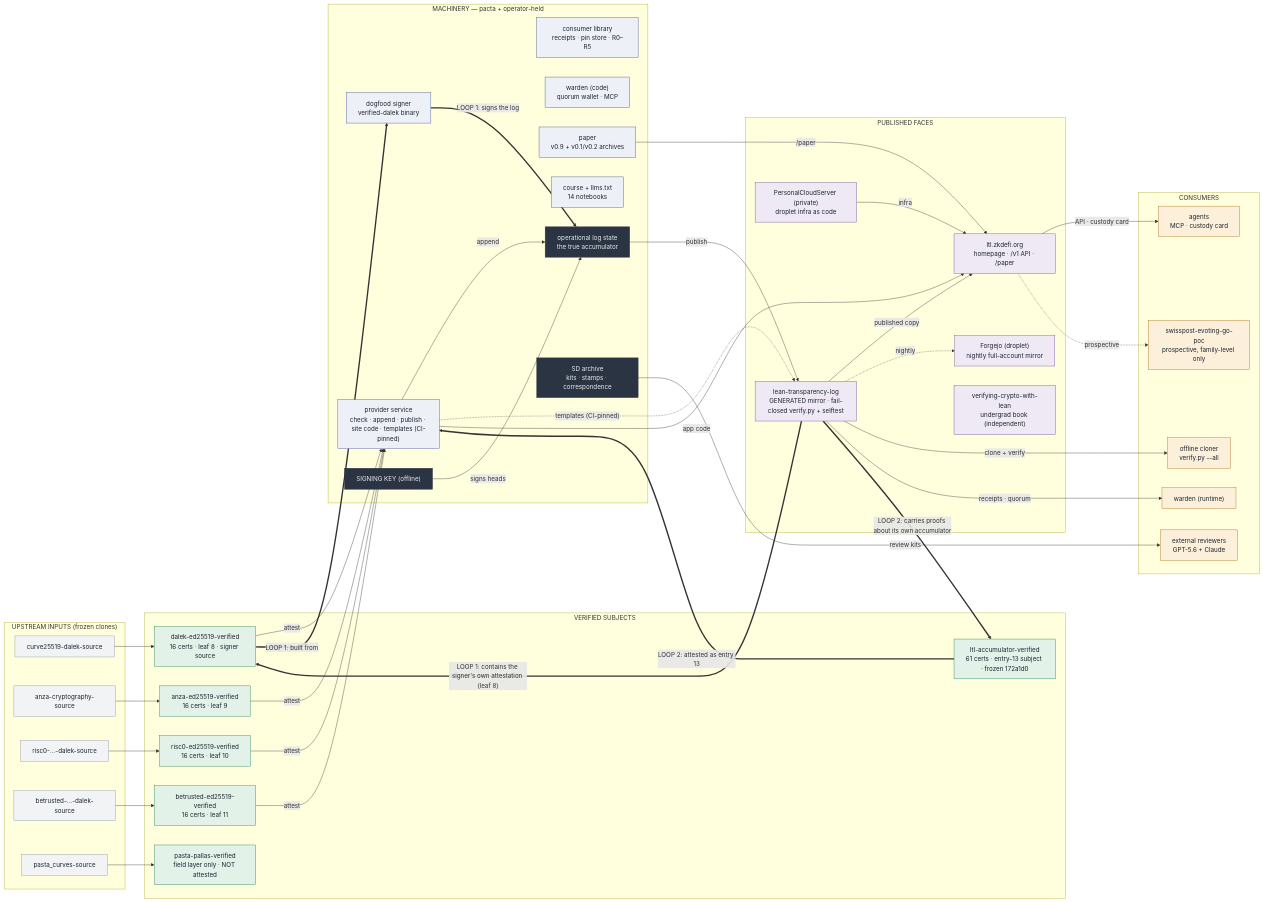
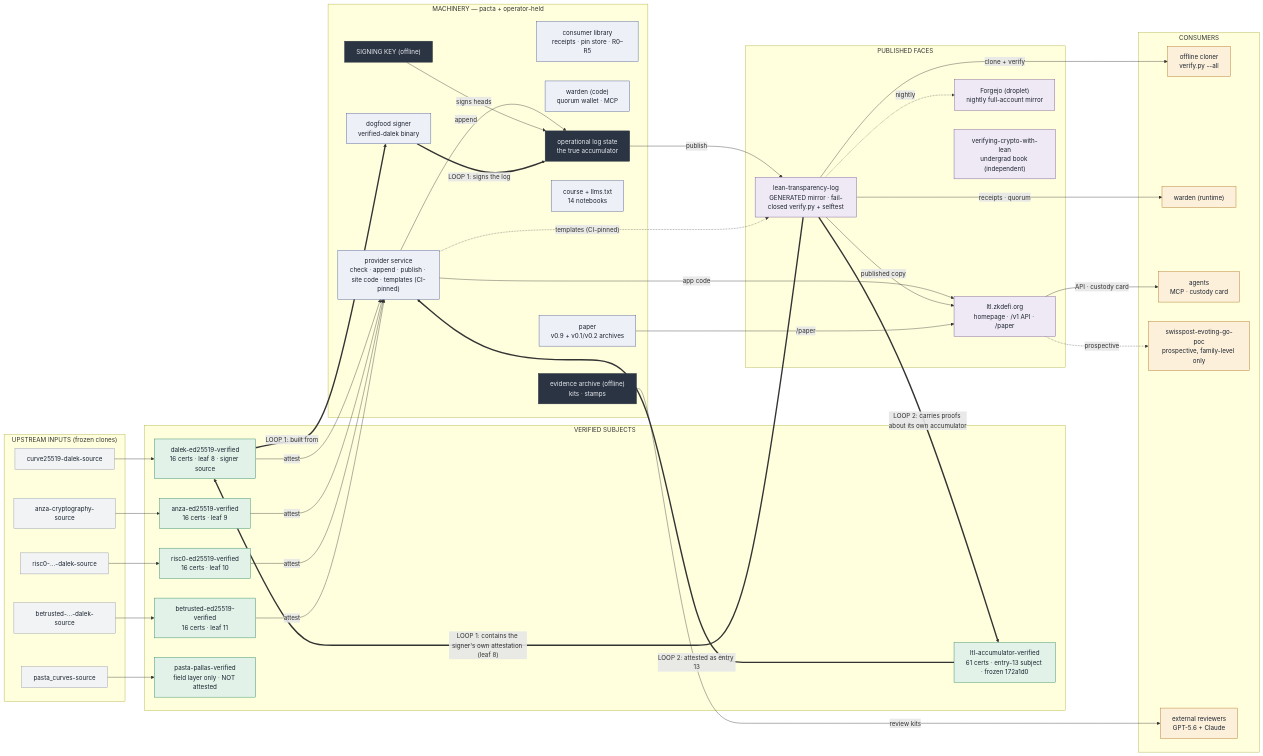
Before and after one commit to saymrwulf/proof-aware-crypto-tooling-agent: the diagram in ESTATE.md, drawn with Mermaid. The commit also changed other lines of this file, not shown here.

First line of the commit message:
ESTATE.md: unname the private infrastructure layer (operator review)

````diff
--- a/ESTATE.md
+++ b/ESTATE.md
@@ -37,13 +37,12 @@
     crs["course + llms.txt<br/>14 notebooks"]
     key["SIGNING KEY (offline)"]
     ops["operational log state<br/>the true accumulator"]
-    sd["SD archive<br/>kits · stamps · correspondence"]
+    sd["evidence archive (offline)<br/>kits · stamps"]
   end
   subgraph P["PUBLISHED FACES"]
     mir["lean-transparency-log<br/>GENERATED mirror · fail-closed verify.py + selftest"]
     site["ltl.zkdefi.org<br/>homepage · /v1 API · /paper"]
     fj["Forgejo (droplet)<br/>nightly full-account mirror"]
-    pcs["PersonalCloudServer (private)<br/>droplet infra as code"]
     book["verifying-crypto-with-lean<br/>undergrad book (independent)"]
   end
   subgraph C2["CONSUMERS"]
@@ -69,7 +68,6 @@
   prov -->|app code| site
   mir -->|published copy| site
   pap -->|/paper| site
-  pcs -->|infra| site
   mir -.->|nightly| fj
   mir -->|clone + verify| cl
   site -->|API · custody card| ag
@@ -91,6 +89,6 @@
   class d,a,r,b,p,c sub
   class prov,sig,lib,wal,pap,crs mach
   class key,ops,sd held
-  class mir,site,fj,pcs,book pub
+  class mir,site,fj,book pub
   class cl,wr,ag,sw,rev cons
 ```
````
